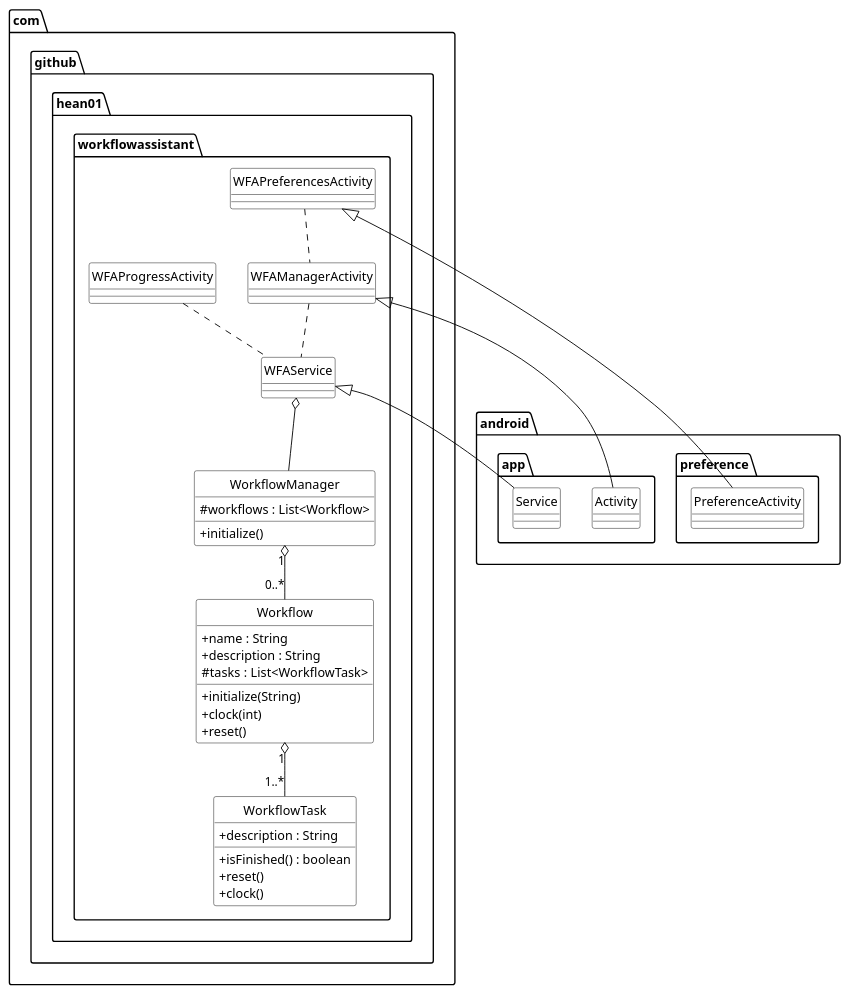
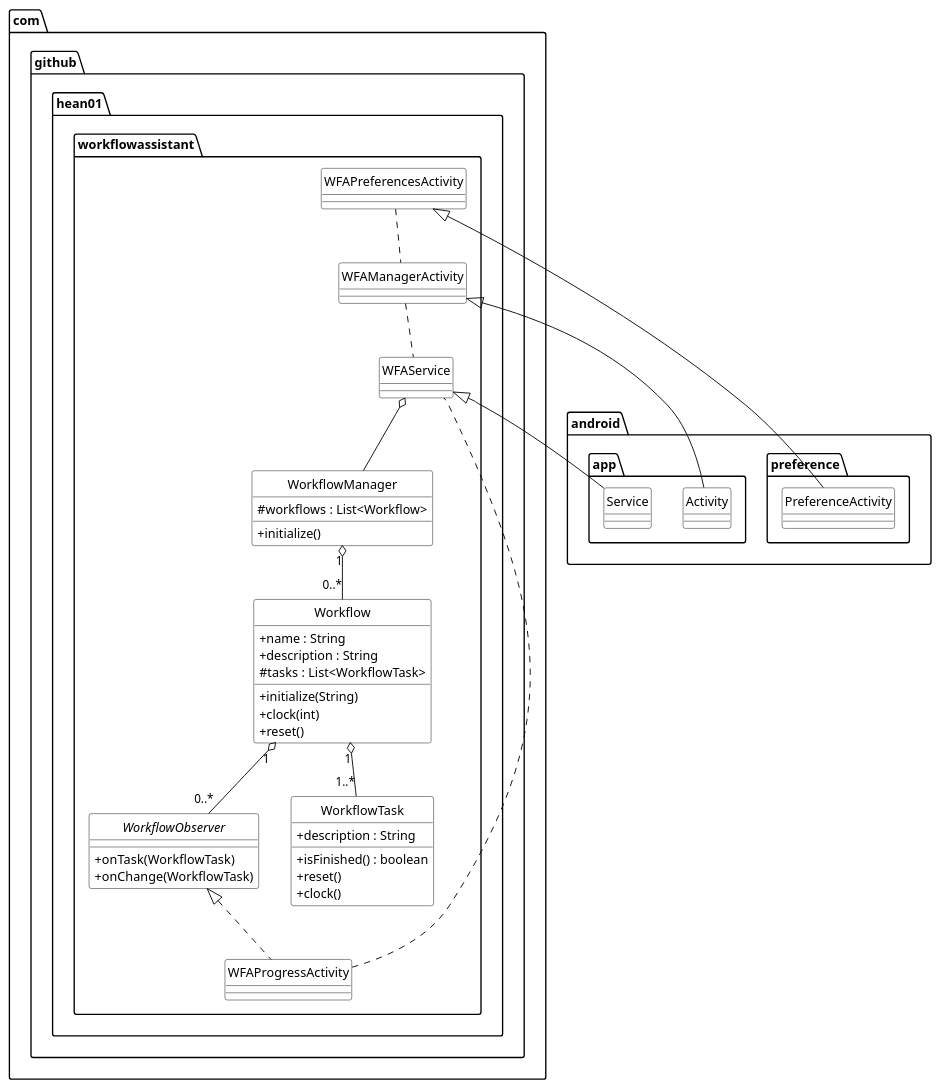
One commit to hean01/wfa changed the diagram in docs/internals.org. Above: the diagram before and after it, drawn with PlantUML. The commit also changed other lines of this file and 7 other files, not shown here.

Commit message:
Added WFAProgressActivity and WorkflowObserver interface.

```diff
--- a/docs/internals.org
+++ b/docs/internals.org
@@ -49,59 +51,66 @@
 #+BEGIN_SRC plantuml :file class_diagram.svg
 skinparam backgroundColor #FFFFFF
 hide circle
 
 skinparam class {
   AttributeIconSize 0
   ArrowColor Black
   BackgroundColor White
   BorderColor Black
 }
 
 package com.github.hean01.workflowassistant {
 class WFAService {
 }
 
 class WFAManagerActivity {
 }
 
 class WFAPreferencesActivity {
 }
 
 class WFAProgressActivity {
 }
 
 class WorkflowManager {
   + initialize()
   # workflows : List<Workflow>
 }
 
 class Workflow {
  + initialize(String)
  + clock(int)
  + reset()
  + name : String
  + description : String
  # tasks : List<WorkflowTask>
 }
 
+interface WorkflowObserver {
+ + onTask(WorkflowTask)
+ + onChange(WorkflowTask)
+}
+
 class WorkflowTask {
   + description : String
   + isFinished() : boolean
   + reset()
   + clock()
 }
 }
 
 
 
 WFAProgressActivity .. WFAService
 WFAManagerActivity .. WFAService
 WFAPreferencesActivity .. WFAManagerActivity
 WFAPreferencesActivity <|-- android.preference.PreferenceActivity
 WFAManagerActivity <|-- android.app.Activity
+WorkflowObserver <|.. WFAProgressActivity
 WFAService <|-- android.app.Service
 WFAService o-- WorkflowManager
 WorkflowManager "1" o-- "0..*" Workflow
+Workflow "1" o-- "0..*" WorkflowObserver
 Workflow "1" o-- "1..*" WorkflowTask
 
 #+END_SRC
```
